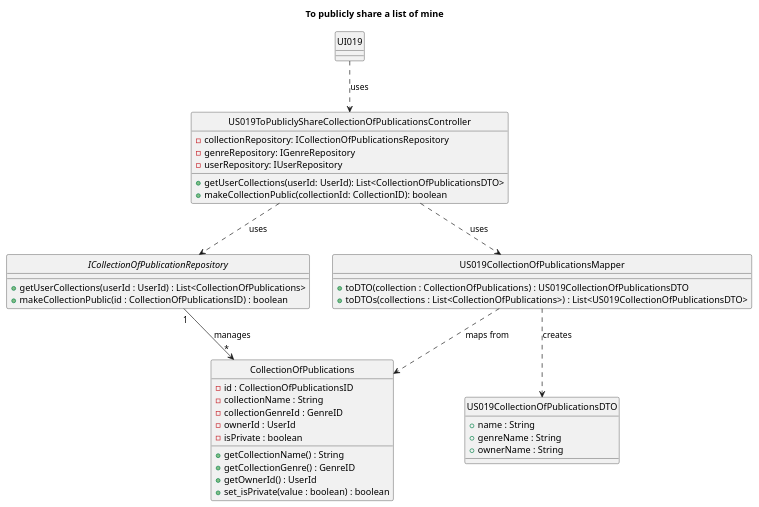
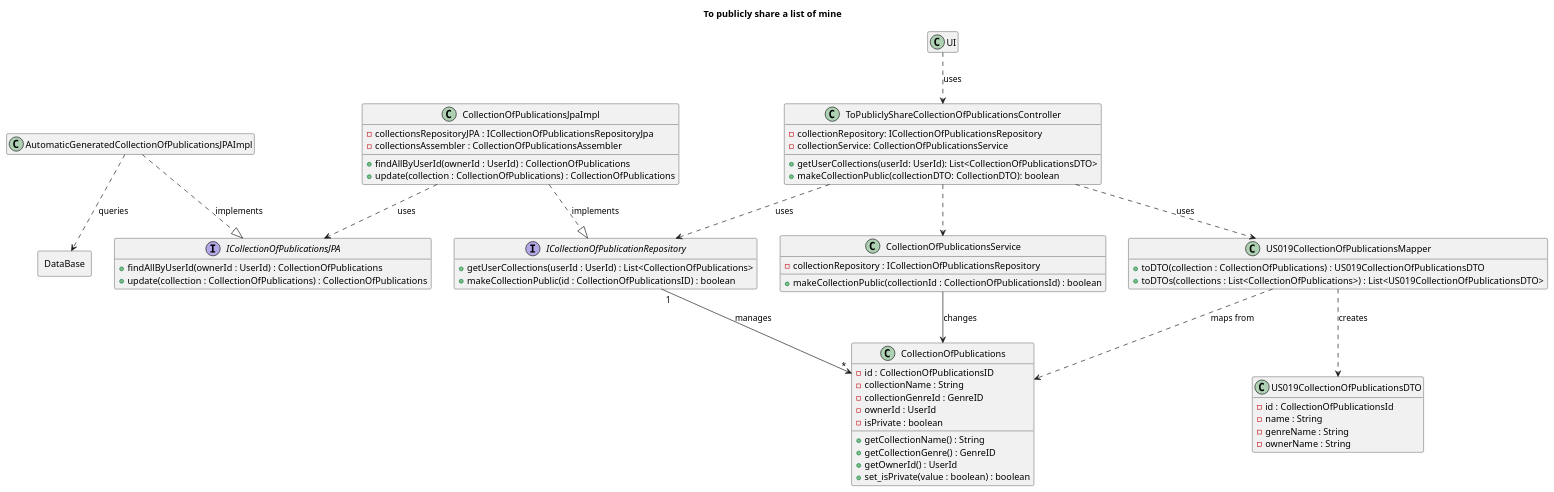
Before and after one commit to AndrePereiraGitH/SWitCH-Project-Team_A: the diagram in Diagrams/ClassDiagrams/To-publicly-share-a-list.puml, drawn with PlantUML.

Commit message:
docs #770: update class diagram with persistence layer

```diff
--- a/Diagrams/ClassDiagrams/To-publicly-share-a-list.puml
+++ b/Diagrams/ClassDiagrams/To-publicly-share-a-list.puml
@@ -1,60 +1,98 @@
 @startuml
-hide circle
+
+'left to right direction
+skinparam classAttributeIconSize 10
+hide empty members
+
 title To publicly share a list of mine
 
-class "UI019" as UI019 {
+class "UI" as UI {
 
 }
 
 'Controller
-class "US019ToPubliclyShareCollectionOfPublicationsController" as US019Controller {
+class "ToPubliclyShareCollectionOfPublicationsController" as Controller {
   -collectionRepository: ICollectionOfPublicationsRepository
-  -genreRepository: IGenreRepository
-  -userRepository: IUserRepository
+  -collectionService: CollectionOfPublicationsService
   +getUserCollections(userId: UserId): List<CollectionOfPublicationsDTO>
-  +makeCollectionPublic(collectionId: CollectionID): boolean
+  +makeCollectionPublic(collectionDTO: CollectionDTO): boolean
 }
 
 'Repository Interfaces
 interface "ICollectionOfPublicationRepository" as ICollectionOfPublicationsRepository  {
  + getUserCollections(userId : UserId) : List<CollectionOfPublications>
  + makeCollectionPublic(id : CollectionOfPublicationsID) : boolean
 }
 
+interface "ICollectionOfPublicationsJPA" as ICollectionsJPA {
++findAllByUserId(ownerId : UserId) : CollectionOfPublications
+ +update(collection : CollectionOfPublications) : CollectionOfPublications
+}
+
+class "CollectionOfPublicationsJpaImpl" as collectionRepoJpaImpl {
+ -collectionsRepositoryJPA : ICollectionOfPublicationsRepositoryJpa
+ -collectionsAssembler : CollectionOfPublicationsAssembler
+ +findAllByUserId(ownerId : UserId) : CollectionOfPublications
+ +update(collection : CollectionOfPublications) : CollectionOfPublications
+}
+
+class "AutomaticGeneratedCollectionOfPublicationsJPAImpl" as jpaAutomatic {
+}
+
+class "CollectionOfPublicationsService" as service {
+-collectionRepository : ICollectionOfPublicationsRepository
+
++makeCollectionPublic(collectionId : CollectionOfPublicationsId) : boolean
+}
+
+
 'Domain
-class CollectionOfPublications {
+class "CollectionOfPublications" as collection{
   - id : CollectionOfPublicationsID
   - collectionName : String
   - collectionGenreId : GenreID
   - ownerId : UserId
   - isPrivate : boolean
   + getCollectionName() : String
   + getCollectionGenre() : GenreID
   + getOwnerId() : UserId
   + set_isPrivate(value : boolean) : boolean
 }
 
 class US019CollectionOfPublicationsMapper {
   + toDTO(collection : CollectionOfPublications) : US019CollectionOfPublicationsDTO
   + toDTOs(collections : List<CollectionOfPublications>) : List<US019CollectionOfPublicationsDTO>
 }
 
 class "US019CollectionOfPublicationsDTO" as DTO{
-        + name : String
-        + genreName : String
-        + ownerName : String
+        - id : CollectionOfPublicationsId
+        - name : String
+        - genreName : String
+        - ownerName : String
+}
+
+rectangle DataBase as db{
 }
 
 ' Interactions
-UI019 ..> US019Controller : uses
+UI ..> Controller : uses
 
-US019Controller ..> ICollectionOfPublicationsRepository : uses
-US019Controller ..> US019CollectionOfPublicationsMapper : uses
+Controller ..> ICollectionOfPublicationsRepository : uses
+Controller ..> US019CollectionOfPublicationsMapper : uses
 
-ICollectionOfPublicationsRepository "1" --> "*" CollectionOfPublications : manages
-
-US019CollectionOfPublicationsMapper ..> CollectionOfPublications : maps from
-US019CollectionOfPublicationsMapper ..> DTO : creates
+Controller ..> service
 
 
+ICollectionOfPublicationsRepository "1" --> "*" collection : manages
+
+collectionRepoJpaImpl ..|> ICollectionOfPublicationsRepository : implements
+collectionRepoJpaImpl ..> ICollectionsJPA : uses
+
+US019CollectionOfPublicationsMapper ..> collection : maps from
+US019CollectionOfPublicationsMapper ..> DTO : creates
+jpaAutomatic ..|> ICollectionsJPA : implements
+jpaAutomatic ..> db : queries
+
+service --> collection : changes
+
 @enduml
```
